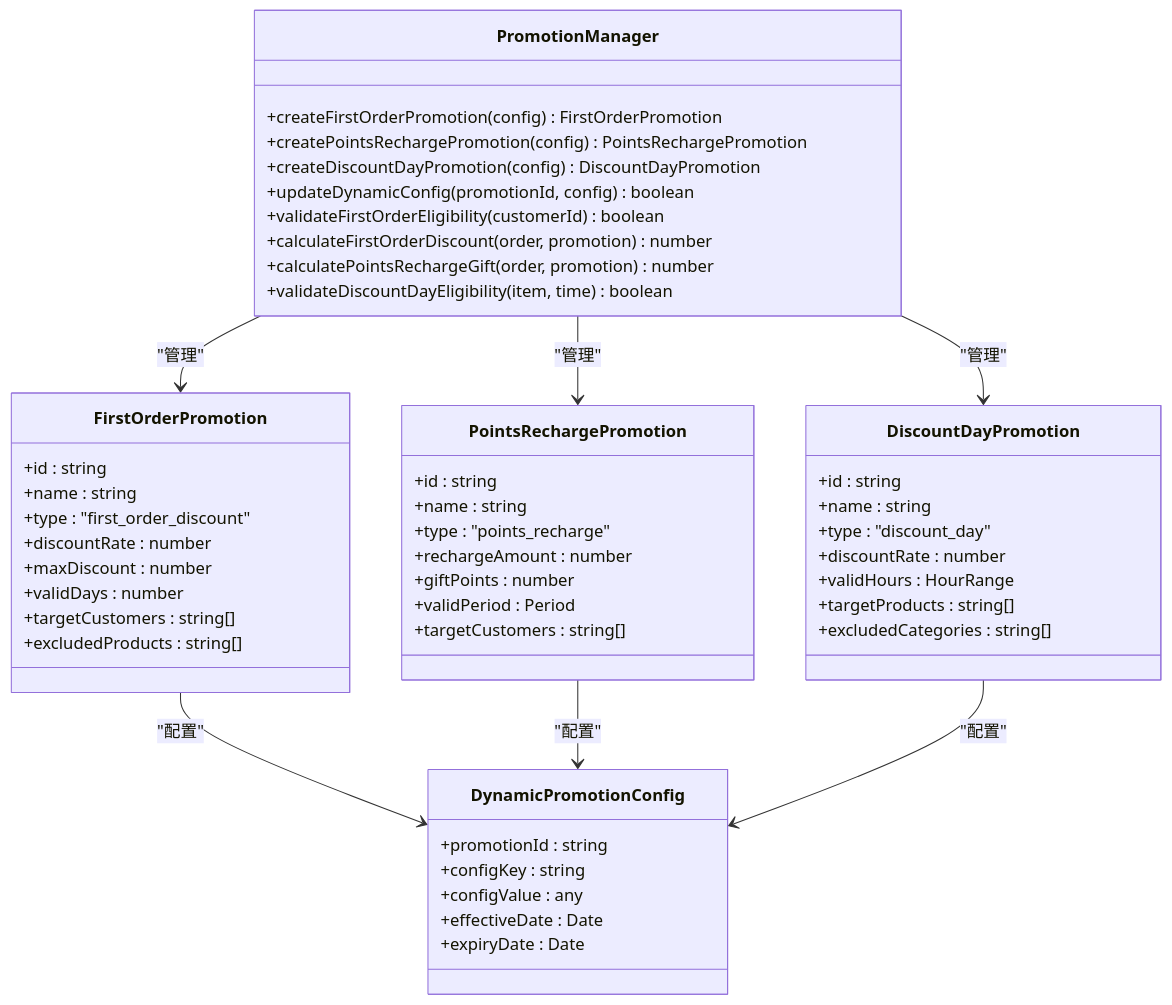
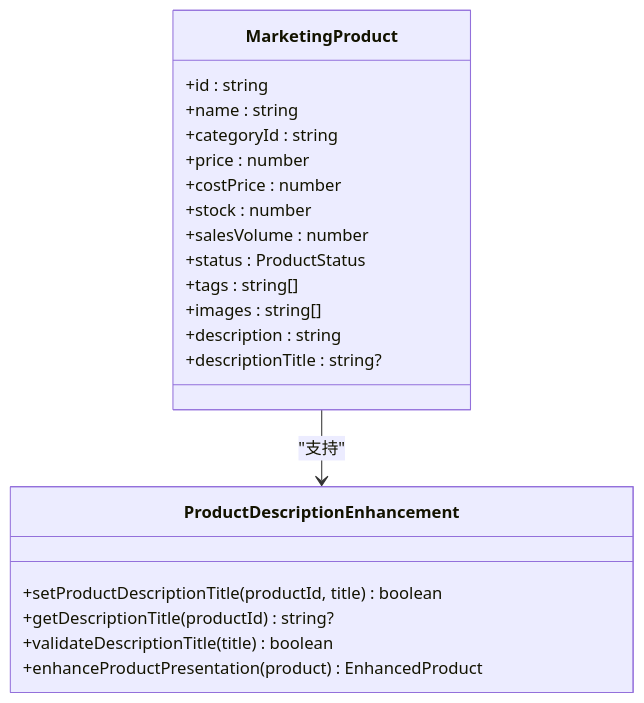
Before and after one commit to rc558620/purelyprofit-server: the tenth of 24 diagrams in .qoder/repowiki/zh/content/业务模块/营销推广模块/营销推广模块.md, drawn with Mermaid. The commit also changed other lines of this file and 19 other files, not shown here.

````diff
--- a/.qoder/repowiki/zh/content/业务模块/营销推广模块/营销推广模块.md
+++ b/.qoder/repowiki/zh/content/业务模块/营销推广模块/营销推广模块.md
@@ -541,54 +555,24 @@
 ```mermaid
 classDiagram
-class FirstOrderPromotion {
+class MarketingProduct {
 +id : string
 +name : string
-+type : "first_order_discount"
-+discountRate : number
-+maxDiscount : number
-+validDays : number
-+targetCustomers : string[]
-+excludedProducts : string[]
++categoryId : string
++price : number
++costPrice : number
++stock : number
++salesVolume : number
++status : ProductStatus
++tags : string[]
++images : string[]
++description : string
++descriptionTitle : string?
 }
-class PointsRechargePromotion {
-+id : string
-+name : string
-+type : "points_recharge"
-+rechargeAmount : number
-+giftPoints : number
-+validPeriod : Period
-+targetCustomers : string[]
+class ProductDescriptionEnhancement {
++setProductDescriptionTitle(productId, title) boolean
++getDescriptionTitle(productId) string?
++validateDescriptionTitle(title) boolean
++enhanceProductPresentation(product) EnhancedProduct
 }
-class DiscountDayPromotion {
-+id : string
-+name : string
-+type : "discount_day"
-+discountRate : number
-+validHours : HourRange
-+targetProducts : string[]
-+excludedCategories : string[]
-}
-class DynamicPromotionConfig {
-+promotionId : string
-+configKey : string
-+configValue : any
-+effectiveDate : Date
-+expiryDate : Date
-}
-class PromotionManager {
-+createFirstOrderPromotion(config) FirstOrderPromotion
-+createPointsRechargePromotion(config) PointsRechargePromotion
-+createDiscountDayPromotion(config) DiscountDayPromotion
-+updateDynamicConfig(promotionId, config) boolean
-+validateFirstOrderEligibility(customerId) boolean
-+calculateFirstOrderDiscount(order, promotion) number
-+calculatePointsRechargeGift(order, promotion) number
-+validateDiscountDayEligibility(item, time) boolean
-}
-FirstOrderPromotion --> DynamicPromotionConfig : "配置"
-PointsRechargePromotion --> DynamicPromotionConfig : "配置"
-DiscountDayPromotion --> DynamicPromotionConfig : "配置"
-PromotionManager --> FirstOrderPromotion : "管理"
-PromotionManager --> PointsRechargePromotion : "管理"
-PromotionManager --> DiscountDayPromotion : "管理"
+MarketingProduct --> ProductDescriptionEnhancement : "支持"
 ```
````
